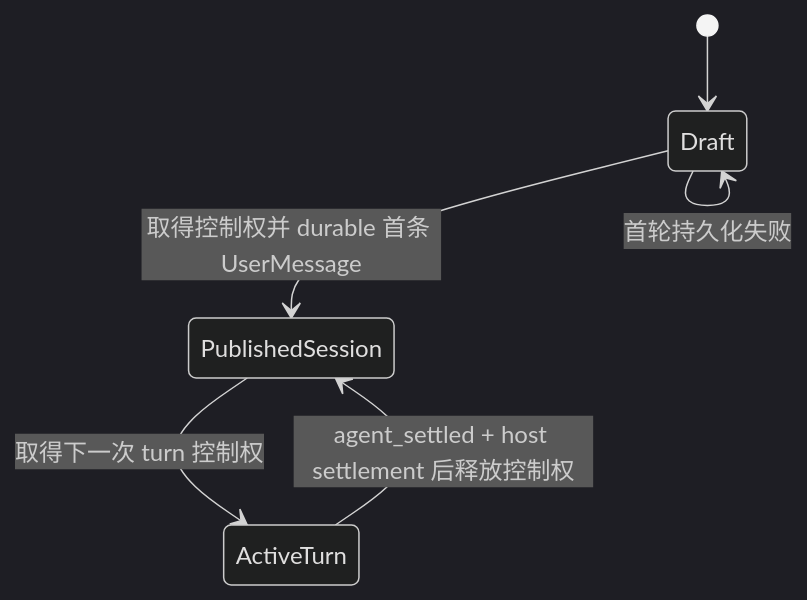
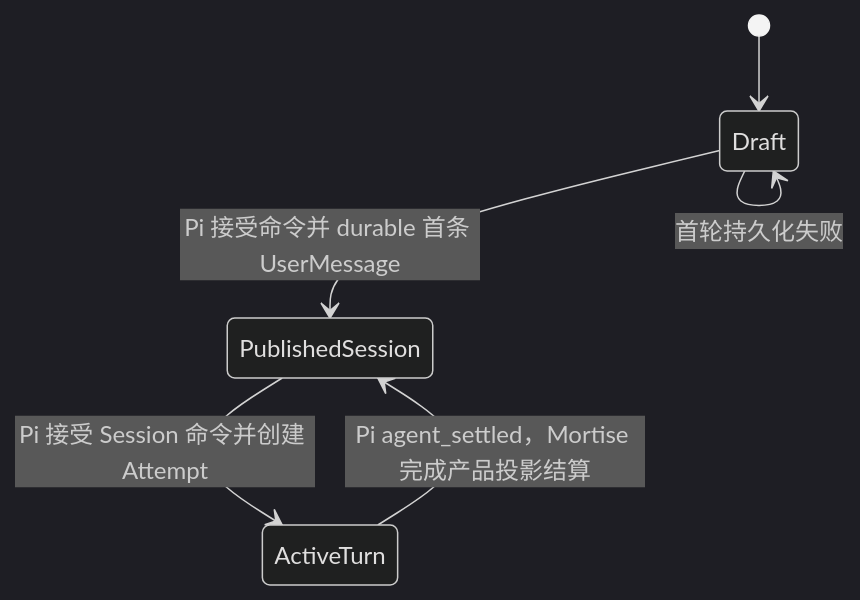
One commit to hrhgit/my-craft-agents-oss changed the second of 2 diagrams in docs/product-semantics.md. Above: the diagram before and after it, drawn with Mermaid (dark theme). The commit also changed other lines of this file and 170 other files, not shown here.

````diff
--- a/docs/product-semantics.md
+++ b/docs/product-semantics.md
@@ -154,8 +154,8 @@
 ```mermaid
 stateDiagram-v2
     [*] --> Draft
-    Draft --> PublishedSession: 取得控制权并 durable 首条 UserMessage
+    Draft --> PublishedSession: Pi 接受命令并 durable 首条 UserMessage
     Draft --> Draft: 首轮持久化失败
-    PublishedSession --> ActiveTurn: 取得下一次 turn 控制权
-    ActiveTurn --> PublishedSession: agent_settled + host settlement 后释放控制权
+    PublishedSession --> ActiveTurn: Pi 接受 Session 命令并创建 Attempt
+    ActiveTurn --> PublishedSession: Pi agent_settled，Mortise 完成产品投影结算
 ```
````
